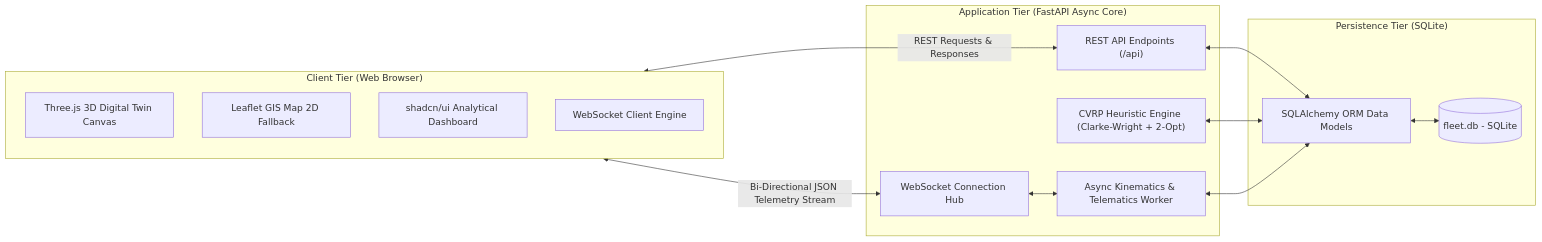
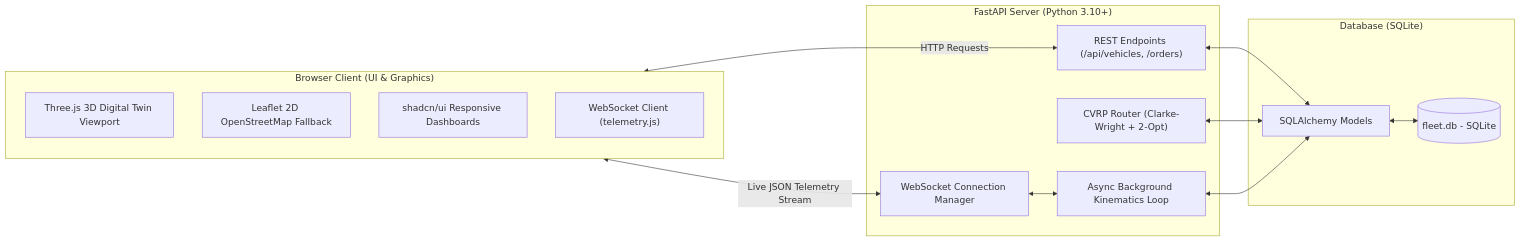
The second of 2 diagrams in docs/RESEARCH_PROJECT_REPORT.md (sighlars/university-of-ibadan-fleet-management), drawn with Mermaid before and after one commit. The commit also changed other lines of this file and 5 other files, not shown here.

````diff
--- a/docs/RESEARCH_PROJECT_REPORT.md
+++ b/docs/RESEARCH_PROJECT_REPORT.md
@@ -182,29 +193,29 @@
 ```mermaid
 flowchart LR
-    subgraph Client["Client Tier (Web Browser)"]
-        Three["Three.js 3D Digital Twin Canvas"]
-        Leaflet["Leaflet GIS Map 2D Fallback"]
-        Shadcn["shadcn/ui Analytical Dashboard"]
-        WSClient["WebSocket Client Engine"]
+    subgraph Client["Browser Client (UI & Graphics)"]
+        Three["Three.js 3D Digital Twin Viewport"]
+        Leaflet["Leaflet 2D OpenStreetMap Fallback"]
+        Shadcn["shadcn/ui Responsive Dashboards"]
+        WSClient["WebSocket Client (telemetry.js)"]
     end
 
-    subgraph Server["Application Tier (FastAPI Async Core)"]
-        Router["REST API Endpoints (/api)"]
-        WSHub["WebSocket Connection Hub"]
-        CVRPSolver["CVRP Heuristic Engine (Clarke-Wright + 2-Opt)"]
-        SimEngine["Async Kinematics & Telematics Worker"]
+    subgraph Backend["FastAPI Server (Python 3.10+)"]
+        API["REST Endpoints (/api/vehicles, /orders)"]
+        WSHub["WebSocket Connection Manager"]
+        CVRPEngine["CVRP Router (Clarke-Wright + 2-Opt)"]
+        Sim["Async Background Kinematics Loop"]
     end
 
-    subgraph Data["Persistence Tier (SQLite)"]
+    subgraph Storage["Database (SQLite)"]
         DB[(fleet.db - SQLite)]
-        ORM["SQLAlchemy ORM Data Models"]
+        ORM["SQLAlchemy Models"]
     end
 
-    Client <-->|REST Requests & Responses| Router
-    Client <-->|Bi-Directional JSON Telemetry Stream| WSHub
-    Router <--> ORM
-    WSHub <--> SimEngine
-    CVRPSolver <--> ORM
-    SimEngine <--> ORM
+    Client <-->|HTTP Requests| API
+    Client <-->|Live JSON Telemetry Stream| WSHub
+    API <--> ORM
+    WSHub <--> Sim
+    CVRPEngine <--> ORM
+    Sim <--> ORM
     ORM <--> DB
 ```
````
